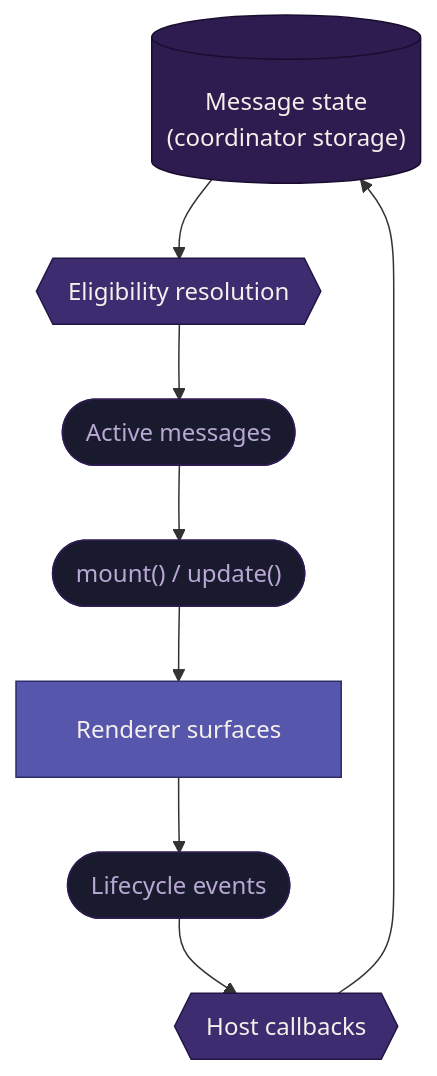
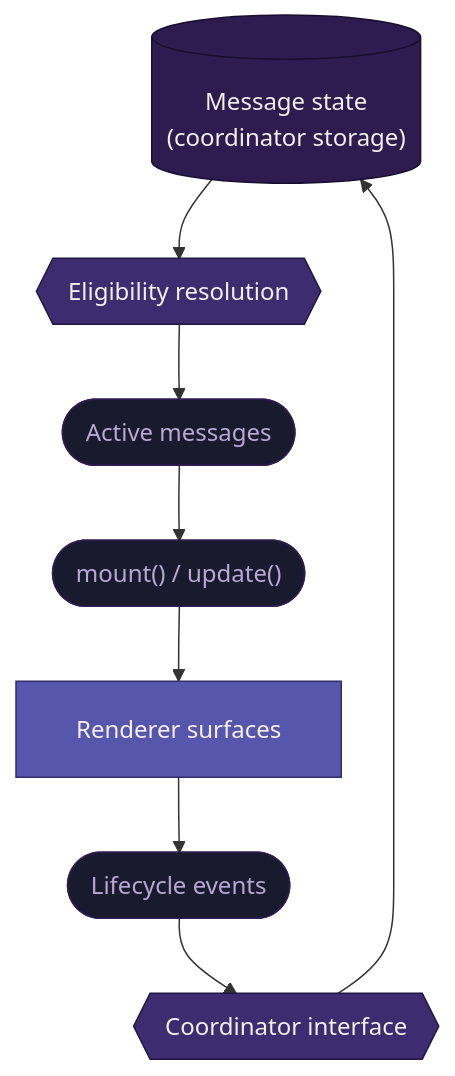
One commit to mozilla/home-new-tab changed the diagram in docs/architecture/messaging.md. Above: the diagram before and after it, drawn with Mermaid. The commit also changed other lines of this file and 7 other files, not shown here.

Commit message:
refactor(coordinator): callbacks -> interface

````diff
--- a/docs/architecture/messaging.md
+++ b/docs/architecture/messaging.md
@@ -19,29 +19,29 @@
 ```mermaid
 ---
 config:
   flowchart:
     padding: 20
 ---
 flowchart TD
     state@{label: "Message state\n(coordinator storage)", shape: cylinder}
     resolve@{label: "Eligibility resolution", shape: hexagon}
     active@{label: "Active messages", shape: stadium}
     mount@{label: "mount() / update()", shape: stadium}
     renderer@{label: "Renderer surfaces", shape: rect}
     events@{label: "Lifecycle events", shape: stadium}
-    callbacks@{label: "Host callbacks", shape: hexagon}
+    callbacks@{label: "Coordinator interface", shape: hexagon}
 
     state --> resolve --> active --> mount --> renderer
     renderer --> events --> callbacks --> state
 
     classDef deepest fill:#2e1c51,stroke:#190d30,color:#f5f0eb
     classDef deep fill:#3d2c70,stroke:#211643,color:#f5f0eb
     classDef mid fill:#4a408e,stroke:#282155,color:#f5f0eb
     classDef light fill:#5656ad,stroke:#2e2e68,color:#f5f0eb
     classDef label fill:#1a1a2e,stroke:#2e1c51,color:#b8a9d4
 
     class state deepest
     class resolve,callbacks deep
     class renderer light
     class active,mount,events label
 ```
````
